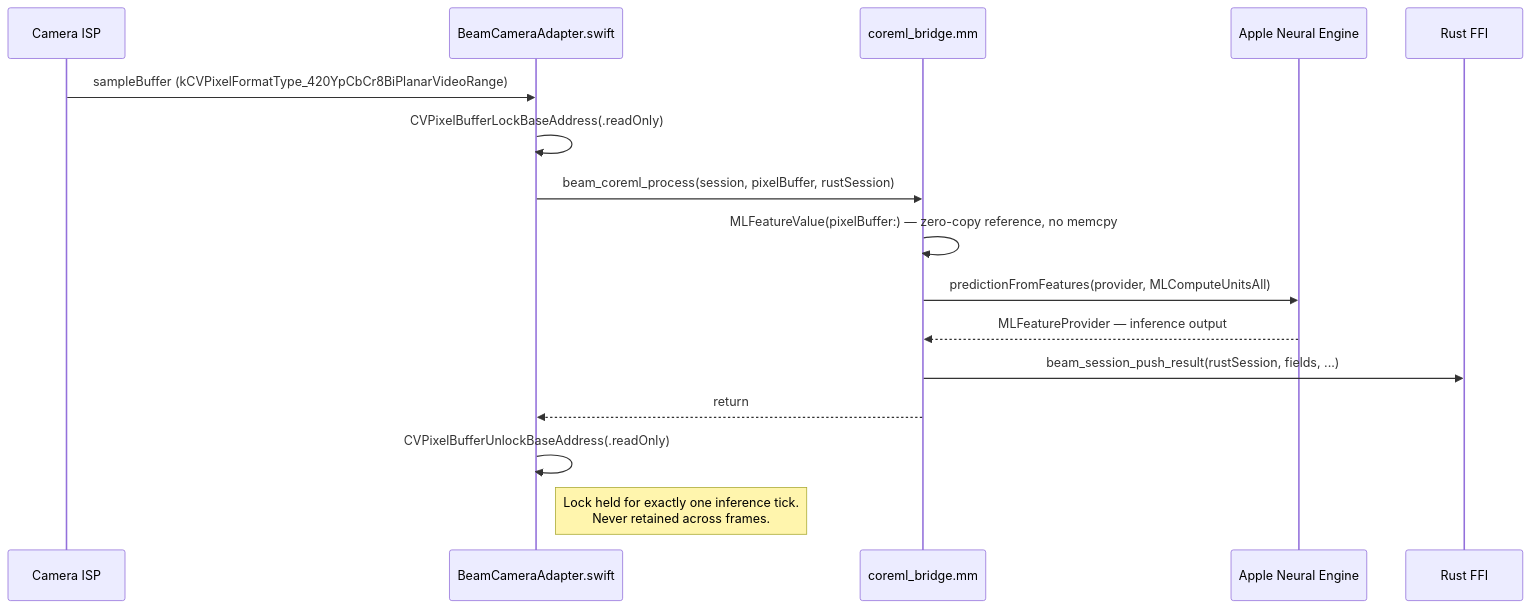
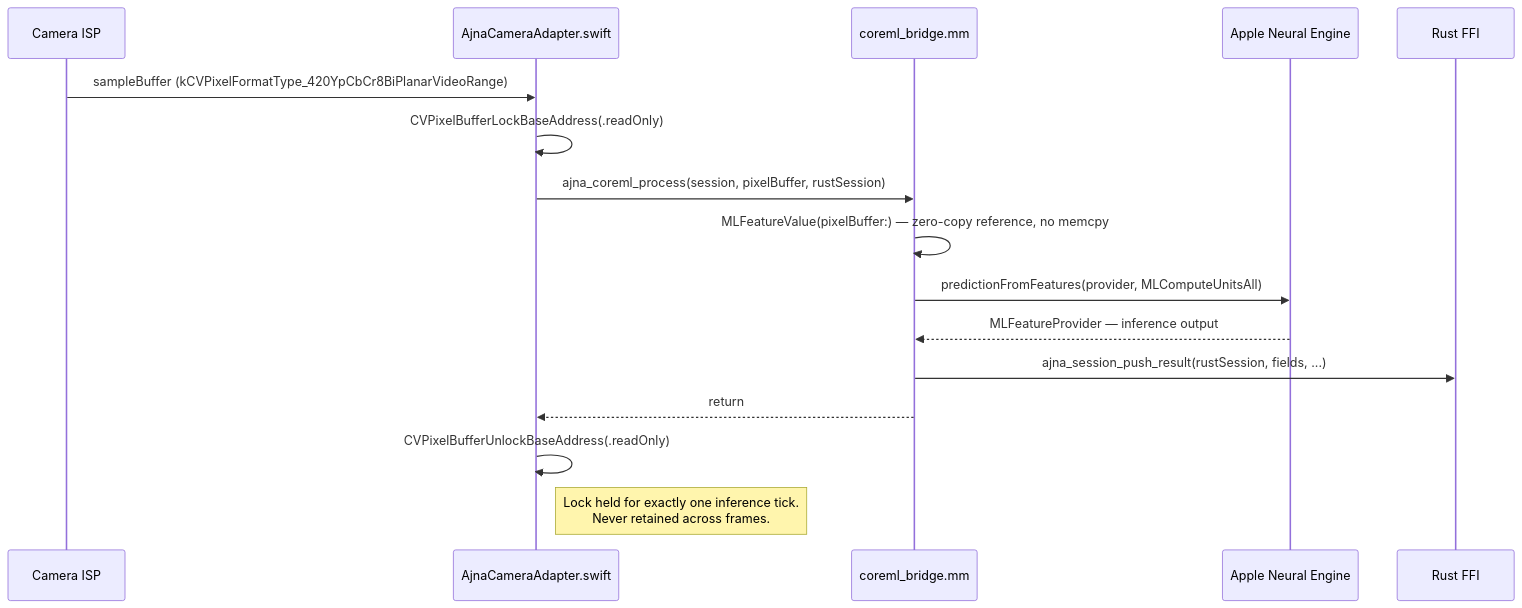
One commit to NeoOne601/beam-sdk changed the fifth of 11 diagrams in README.md. Above: the diagram before and after it, drawn with Mermaid. The commit also changed other lines of this file and 146 other files, not shown here.

First line of the commit message:
refactor: rebrand Beam to Ajna across workspace, FFI, platform bridges, and docs

````diff
--- a/README.md
+++ b/README.md
@@ -240,19 +240,19 @@
 ```mermaid
 sequenceDiagram
     participant ISP as Camera ISP
-    participant ADP as BeamCameraAdapter.swift
+    participant ADP as AjnaCameraAdapter.swift
     participant CPP as coreml_bridge.mm
     participant ANE as Apple Neural Engine
     participant FFI as Rust FFI
 
     ISP->>ADP: sampleBuffer (kCVPixelFormatType_420YpCbCr8BiPlanarVideoRange)
     ADP->>ADP: CVPixelBufferLockBaseAddress(.readOnly)
-    ADP->>CPP: beam_coreml_process(session, pixelBuffer, rustSession)
+    ADP->>CPP: ajna_coreml_process(session, pixelBuffer, rustSession)
     CPP->>CPP: MLFeatureValue(pixelBuffer:) — zero-copy reference, no memcpy
     CPP->>ANE: predictionFromFeatures(provider, MLComputeUnitsAll)
     ANE-->>CPP: MLFeatureProvider — inference output
-    CPP->>FFI: beam_session_push_result(rustSession, fields, ...)
+    CPP->>FFI: ajna_session_push_result(rustSession, fields, ...)
     CPP-->>ADP: return
     ADP->>ADP: CVPixelBufferUnlockBaseAddress(.readOnly)
     Note right of ADP: Lock held for exactly one inference tick.<br/>Never retained across frames.
 ```
````
